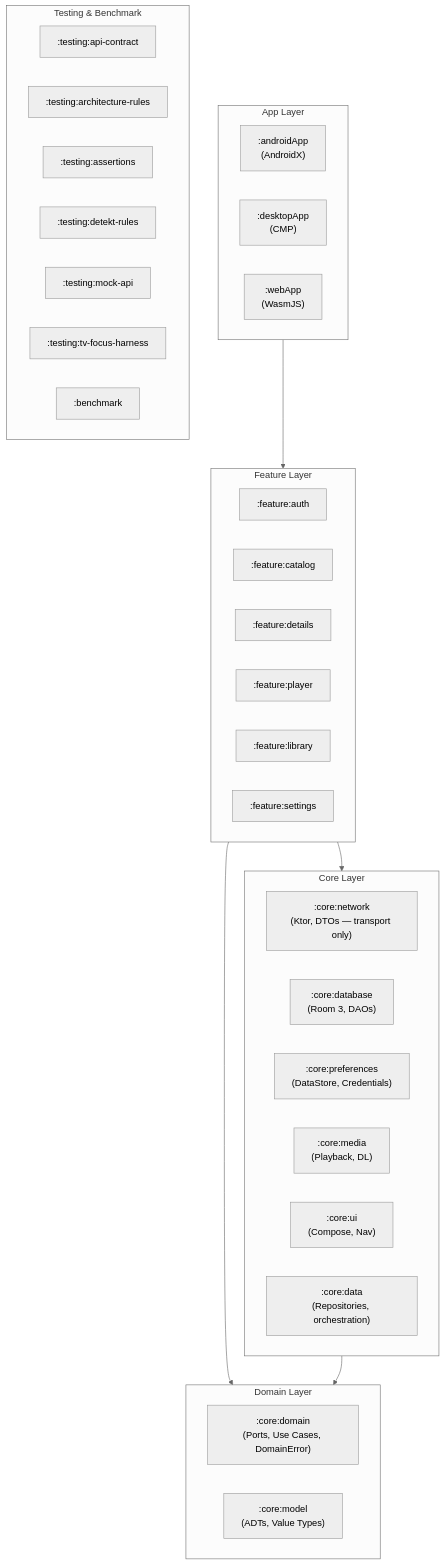
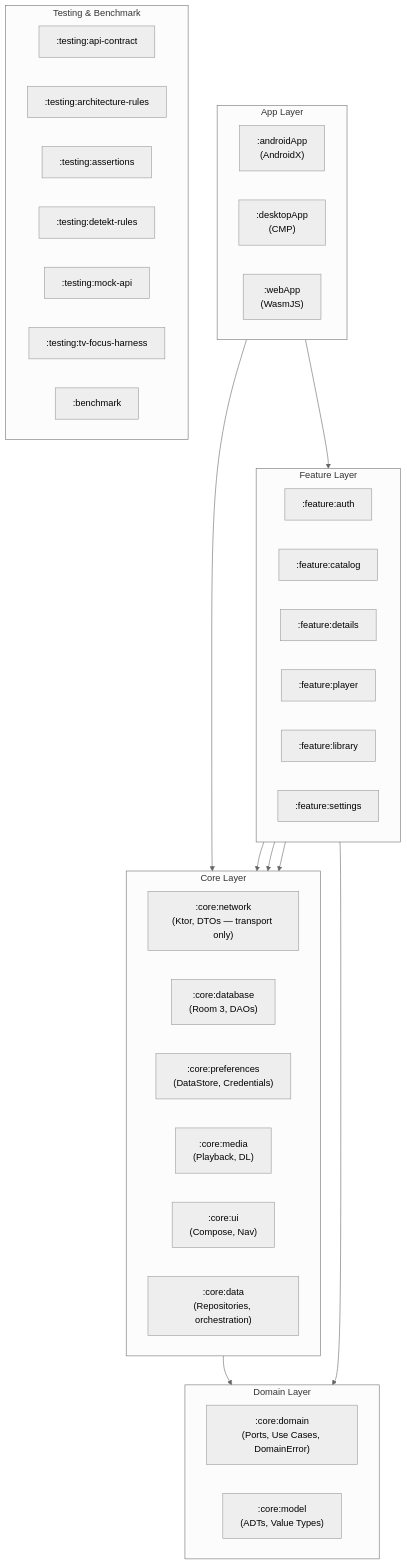
One commit to knirski/subsloth changed the diagram in README.md. Above: the diagram before and after it, drawn with Mermaid (neutral theme).

Commit message:
docs: replace misleading Feat-->Core edge in README's mermaid diagram
Addresses PR comment from @coderabbitai — with :core:data now inside
the Core subgraph, a blanket Feat --> Core edge visually implied every
feature depends on every core module, contradicting the feature
isolation rule stated in the prose right below it. Replaced with the
specific edges features actually have (:core:ui for auth/details,
:core:media for player), and added the previously-missing Apps -->
Core edge (composition roots do depend on all core modules directly).

````diff
--- a/README.md
+++ b/README.md
@@ -98,47 +98,50 @@
 ```mermaid
 flowchart TB
     subgraph Apps["App Layer"]
         direction LR
         A1[":androidApp<br/>(AndroidX)"]
         A2[":desktopApp<br/>(CMP)"]
         A3[":webApp<br/>(WasmJS)"]
     end
     subgraph Feat["Feature Layer"]
         direction LR
         F1[":feature:auth"]
         F2[":feature:catalog"]
         F3[":feature:details"]
         F4[":feature:player"]
         F5[":feature:library"]
         F6[":feature:settings"]
     end
     subgraph Core["Core Layer"]
         direction LR
         C1[":core:network<br/>(Ktor, DTOs — transport only)"]
         C2[":core:database<br/>(Room 3, DAOs)"]
         C3[":core:preferences<br/>(DataStore, Credentials)"]
         C4[":core:media<br/>(Playback, DL)"]
         C5[":core:ui<br/>(Compose, Nav)"]
         C6[":core:data<br/>(Repositories, orchestration)"]
     end
     subgraph Domain["Domain Layer"]
         direction LR
         D1[":core:domain<br/>(Ports, Use Cases, DomainError)"]
         D2[":core:model<br/>(ADTs, Value Types)"]
     end
     subgraph Test["Testing & Benchmark"]
         direction LR
         T1[":testing:api-contract"]
         T2[":testing:architecture-rules"]
         T3[":testing:assertions"]
         T4[":testing:detekt-rules"]
         T5[":testing:mock-api"]
         T6[":testing:tv-focus-harness"]
         BM[":benchmark"]
     end
 
     Apps --> Feat
-    Feat --> Core
+    Apps --> Core
     Feat --> Domain
+    F1 --> C5
+    F3 --> C5
+    F4 --> C4
     Core --> Domain
 ```
````
